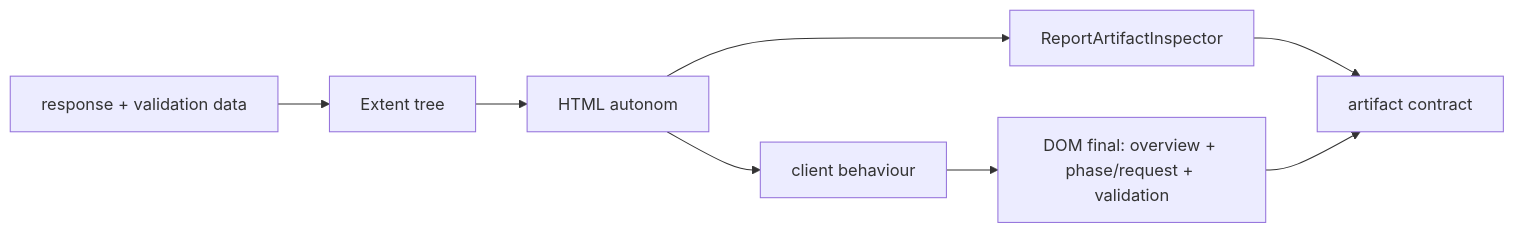
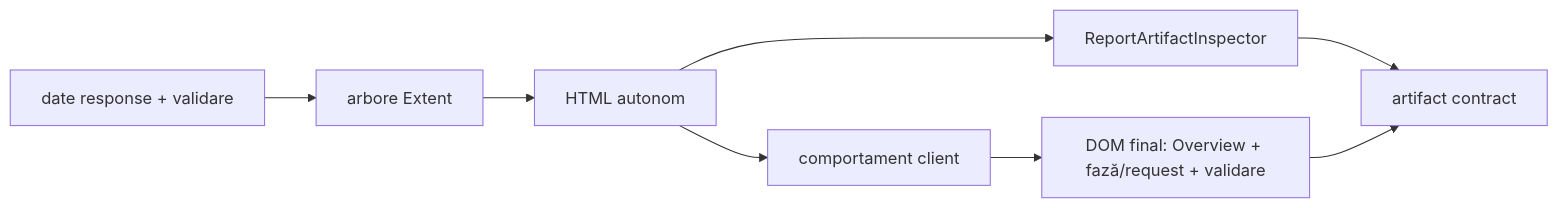
The second of 2 diagrams in Atf.Tests/Atf.Reporting.Extent.Tests/README.md (crististefanita/CS1), drawn with Mermaid before and after one commit. The commit also changed other lines of this file and 109 other files, not shown here.

````diff
--- a/Atf.Tests/Atf.Reporting.Extent.Tests/README.md
+++ b/Atf.Tests/Atf.Reporting.Extent.Tests/README.md
@@ -62,10 +82,10 @@
 ```mermaid
 flowchart LR
-    Data[response + validation data] --> Tree[Extent tree]
+    Data[date response + validare] --> Tree[arbore Extent]
     Tree --> Html[HTML autonom]
     Html --> Inspector[ReportArtifactInspector]
-    Html --> JS[client behaviour]
-    JS --> DOM[DOM final: overview + phase/request + validation]
+    Html --> JS[comportament client]
+    JS --> DOM[DOM final: Overview + fază/request + validare]
     Inspector --> Contract[artifact contract]
     DOM --> Contract
 ```
````
